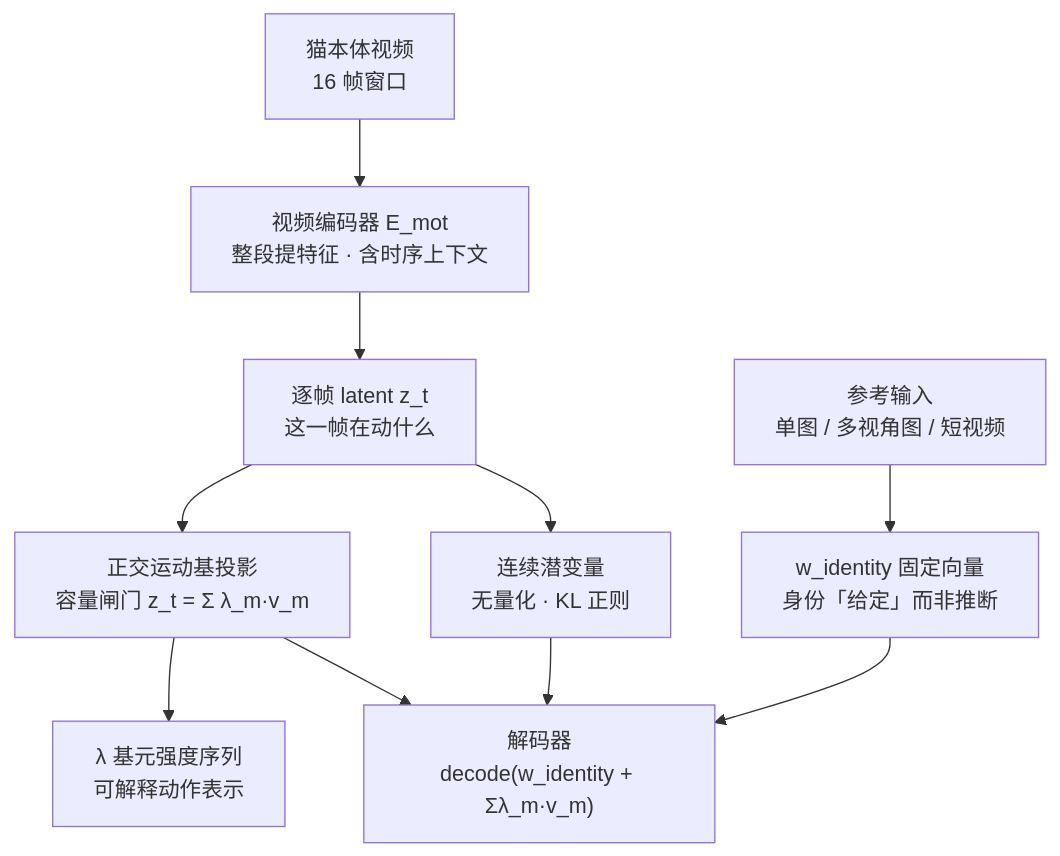
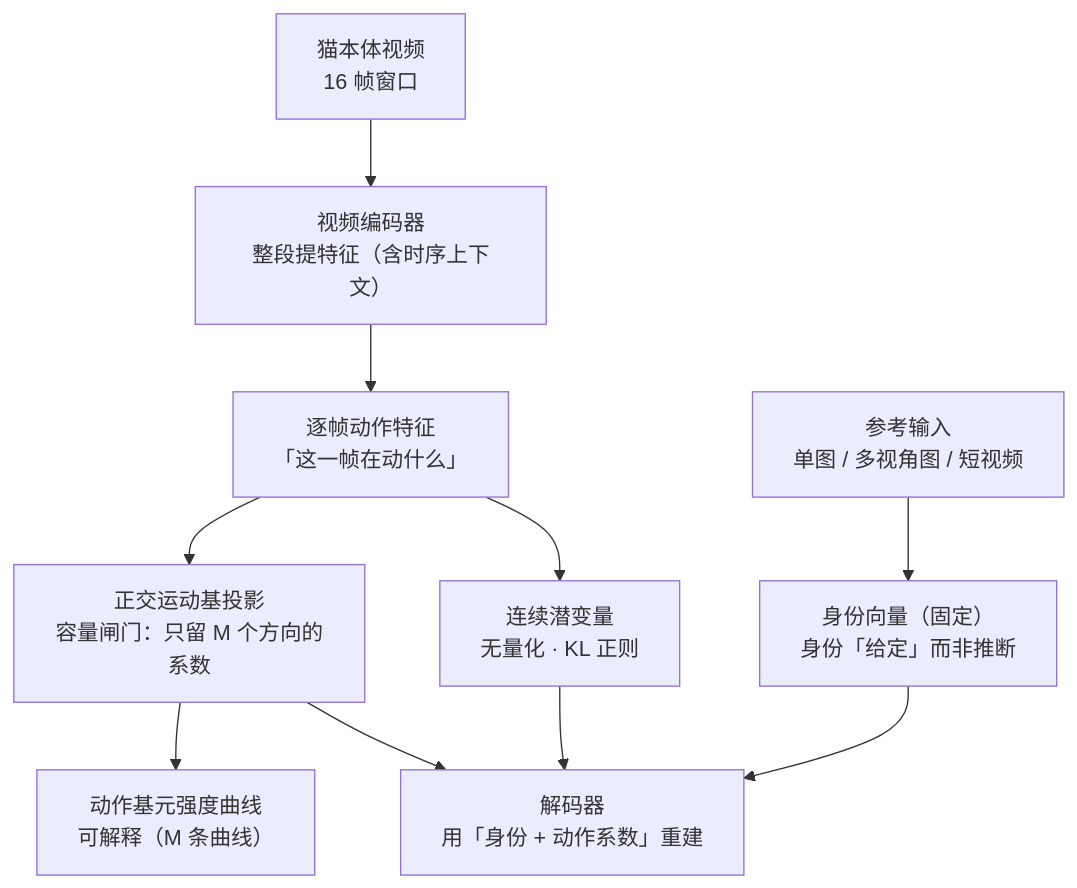
One commit to gongshangzheng/pet-action-recognition changed the third of 7 diagrams in management/docs/architecture.md. Above: the diagram before and after it, drawn with Mermaid. The commit also changed other lines of this file and 1 other file, not shown here.

First line of the commit message:
docs: 图可读性修复（Mermaid 去符号）+ 补动作识别范式澄清

````diff
--- a/management/docs/architecture.md
+++ b/management/docs/architecture.md
@@ -151,14 +151,14 @@
 ```mermaid
 flowchart TD
-    M1[猫本体视频<br/>16 帧窗口] --> M2["视频编码器 E_mot<br/>整段提特征 · 含时序上下文"]
-    M2 --> M5[逐帧 latent z_t<br/>这一帧在动什么]
+    M1[猫本体视频<br/>16 帧窗口] --> M2["视频编码器<br/>整段提特征（含时序上下文）"]
+    M2 --> M5["逐帧动作特征<br/>「这一帧在动什么」"]
 
-    M5 --> M7["正交运动基投影<br/>容量闸门 z_t = Σ λ_m·v_m"]
-    M7 --> M8["λ 基元强度序列<br/>可解释动作表示"]
+    M5 --> M7["正交运动基投影<br/>容量闸门：只留 M 个方向的系数"]
+    M7 --> M8["动作基元强度曲线<br/>可解释（M 条曲线）"]
 
     M5 --> M6[连续潜变量<br/>无量化 · KL 正则]
-    M6 --> M9["解码器<br/>decode(w_identity + Σλ_m·v_m)"]
-    R1["参考输入<br/>单图 / 多视角图 / 短视频"] --> M10["w_identity 固定向量<br/>身份「给定」而非推断"]
+    M6 --> M9["解码器<br/>用「身份 + 动作系数」重建"]
+    R1["参考输入<br/>单图 / 多视角图 / 短视频"] --> M10["身份向量（固定）<br/>身份「给定」而非推断"]
     M10 --> M9
     M7 --> M9
 ```
````
